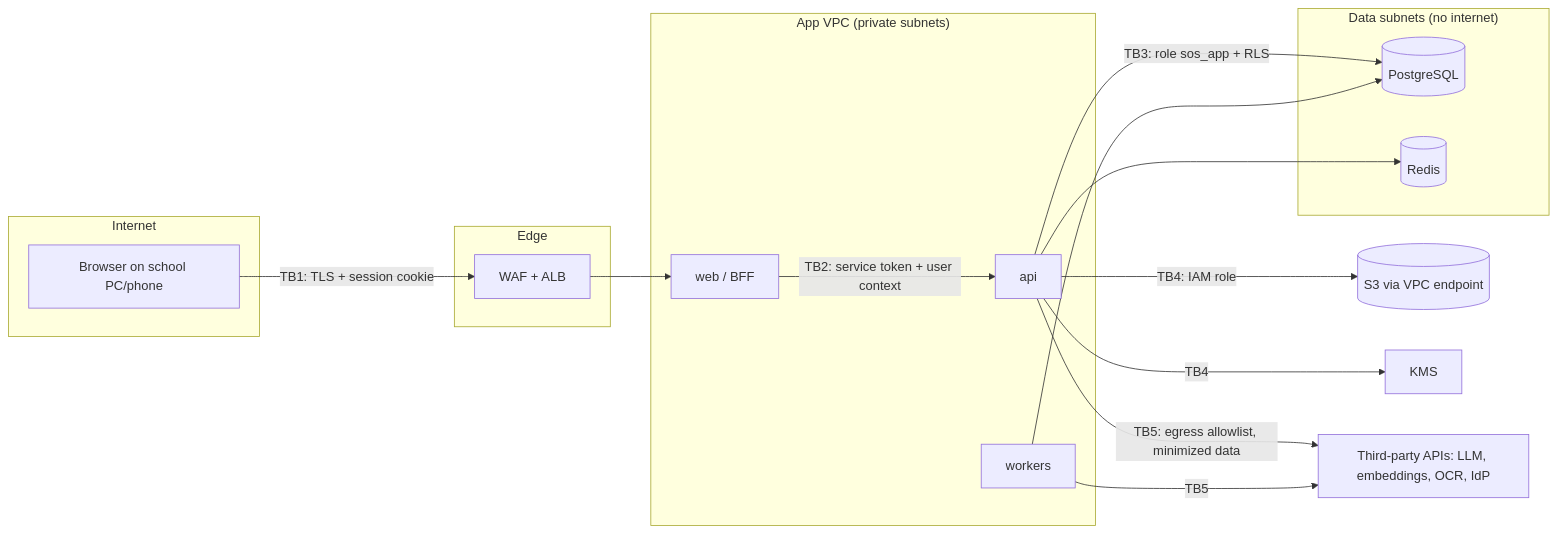
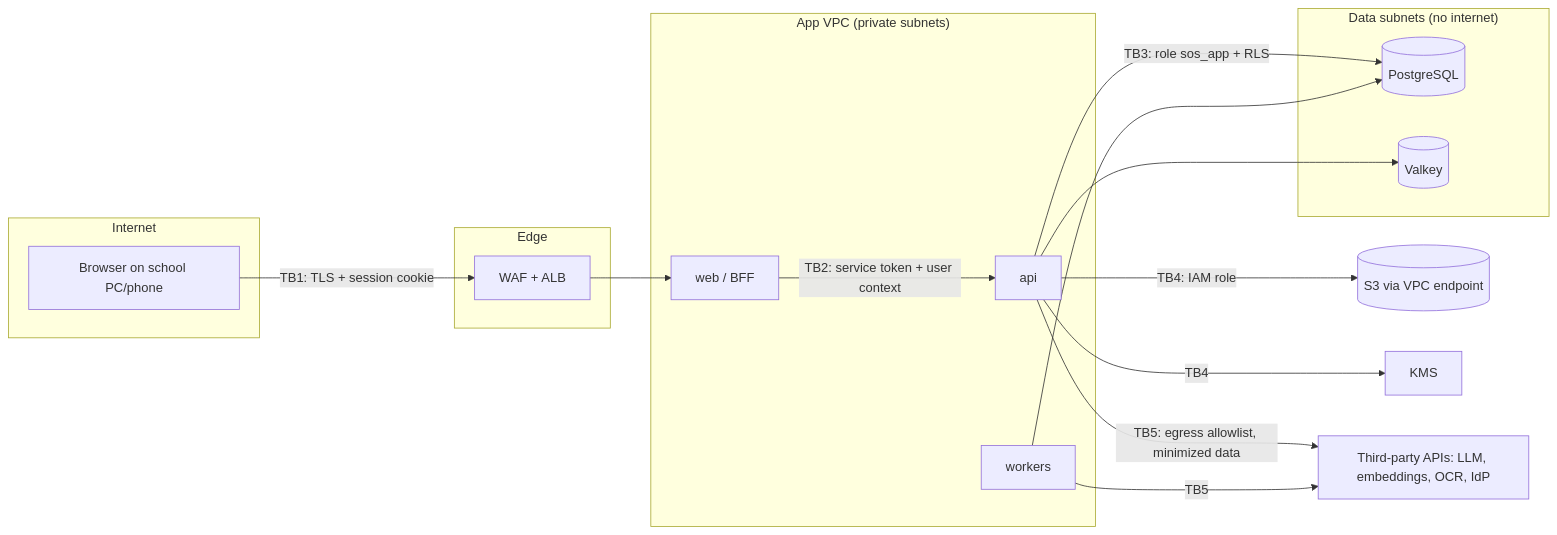
One commit to bb3agency/school-os changed the diagram in docs/07-security-architecture.md. Above: the diagram before and after it, drawn with Mermaid. The commit also changed other lines of this file and 7 other files, not shown here.

First line of the commit message:
docs: reorder M0 roadmap with platform admin panel tasks and add platform glossary terms

````diff
--- a/docs/07-security-architecture.md
+++ b/docs/07-security-architecture.md
@@ -42,30 +42,30 @@
 ```mermaid
 flowchart LR
   subgraph Internet
     B[Browser on school PC/phone]
   end
   subgraph Edge
     W[WAF + ALB]
   end
   subgraph appvpc["App VPC (private subnets)"]
     WEB[web / BFF]
     API[api]
     WK[workers]
   end
   subgraph datanet["Data subnets (no internet)"]
     PG[(PostgreSQL)]
-    RD[(Redis)]
+    RD[(Valkey)]
   end
   S3[(S3 via VPC endpoint)]
   KMS[KMS]
   EXT[Third-party APIs: LLM, embeddings, OCR, IdP]
   B -->|"TB1: TLS + session cookie"| W --> WEB
   WEB -->|"TB2: service token + user context"| API
   API -->|"TB3: role sos_app + RLS"| PG
   API --> RD
   WK --> PG
   API -->|"TB4: IAM role"| S3
   API -->|"TB4"| KMS
   API -->|"TB5: egress allowlist, minimized data"| EXT
   WK -->|"TB5"| EXT
 ```
````
